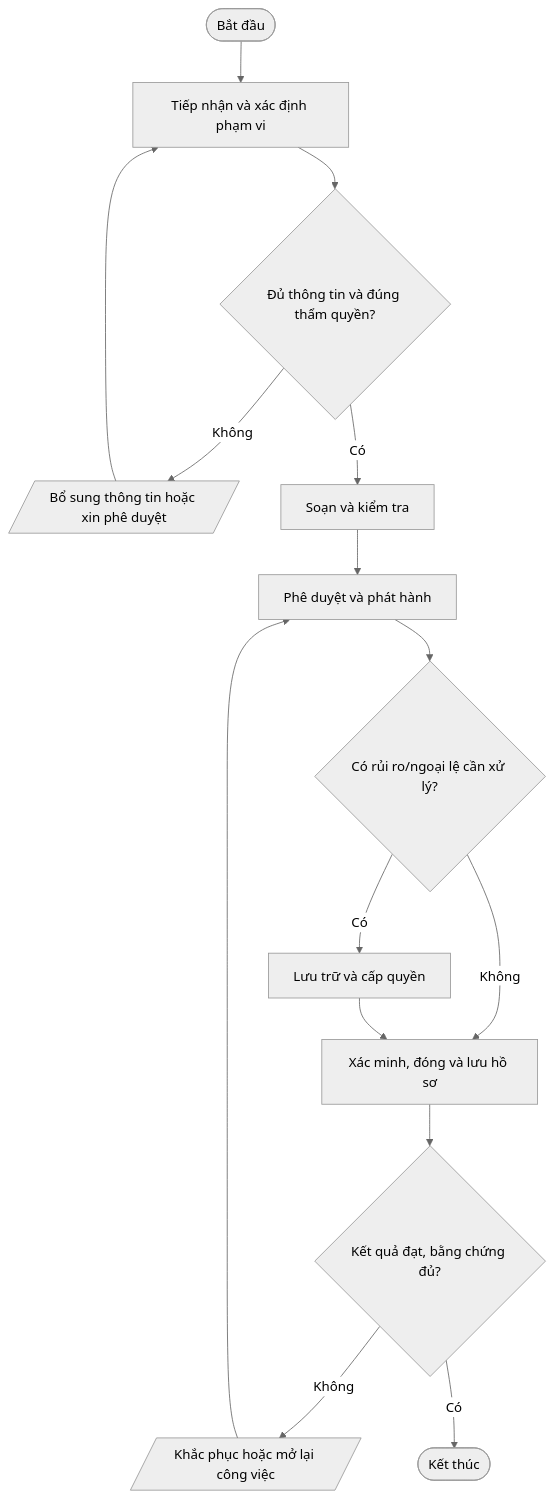
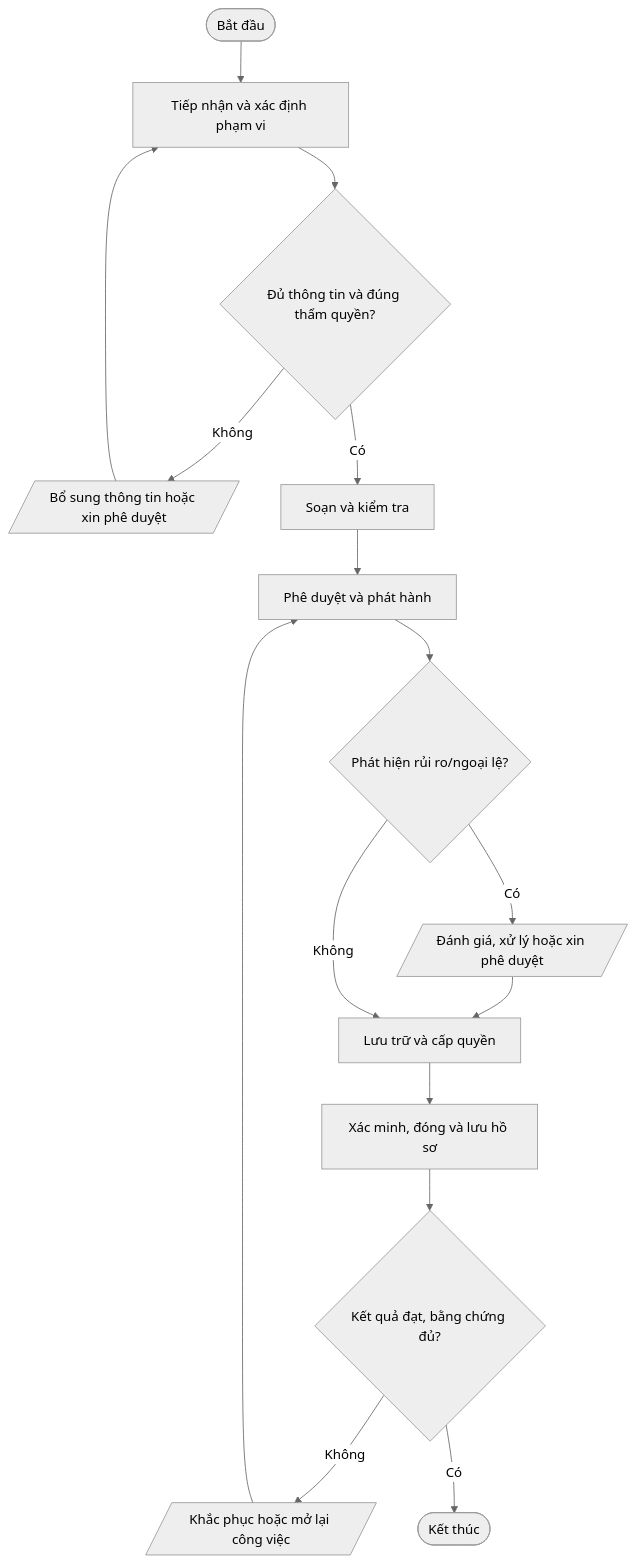
Before and after one commit to daoaigiangnam/Quy_Trinh_Chuan: the third of 7 diagrams in quy-trinh/01-Quan-tri-ISMS/README.md, drawn with Mermaid (neutral theme). The commit also changed other lines of this file, not shown here.

Commit message:
docs: correct procedure flowchart decision paths

````diff
--- a/quy-trinh/01-Quan-tri-ISMS/README.md
+++ b/quy-trinh/01-Quan-tri-ISMS/README.md
@@ -229,17 +231,18 @@
 ```mermaid
 flowchart TD
   A([Bắt đầu]) --> S1["Tiếp nhận và xác định phạm vi"]
   S1 --> D1{"Đủ thông tin và đúng thẩm quyền?"}
   D1 -- Không --> F1[/"Bổ sung thông tin hoặc xin phê duyệt"/]
   F1 --> S1
   D1 -- Có --> S2["Soạn và kiểm tra"]
   S2 --> S3["Phê duyệt và phát hành"]
-  S3 --> D2{"Có rủi ro/ngoại lệ cần xử lý?"}
-  D2 -- Có --> S4["Lưu trữ và cấp quyền"]
-  D2 -- Không --> S5["Xác minh, đóng và lưu hồ sơ"]
-  S4 --> S5
+  S3 --> D2{"Phát hiện rủi ro/ngoại lệ?"}
+  D2 -- Có --> RISK[/"Đánh giá, xử lý hoặc xin phê duyệt"/]
+  RISK --> S4["Lưu trữ và cấp quyền"]
+  D2 -- Không --> S4
+  S4 --> S5["Xác minh, đóng và lưu hồ sơ"]
   S5 --> D3{"Kết quả đạt, bằng chứng đủ?"}
   D3 -- Không --> R[/"Khắc phục hoặc mở lại công việc"/]
   R --> S3
   D3 -- Có --> Z([Kết thúc])
 ```
````
